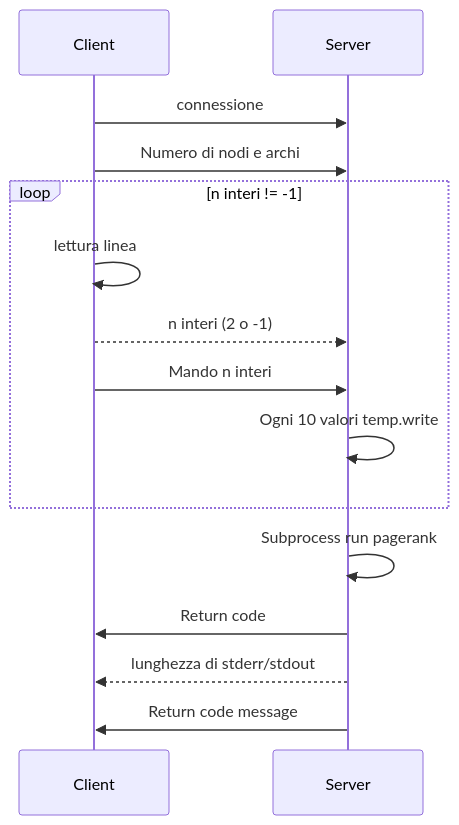
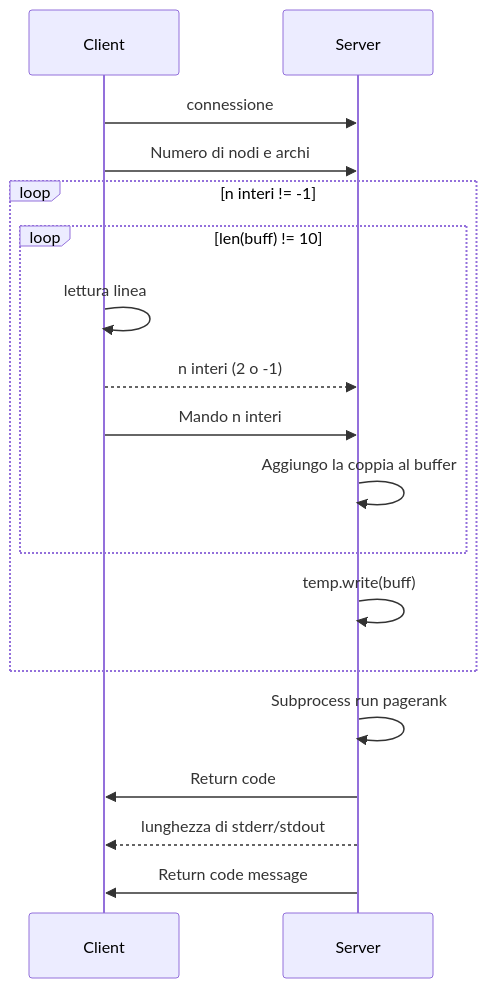
The diagram in README.md (FabrizioC01/Web-Ranking), drawn with Mermaid before and after one commit. The commit also changed other lines of this file and 4 other files, not shown here.

````diff
--- a/README.md
+++ b/README.md
@@ -60,15 +65,18 @@
 ```mermaid
 sequenceDiagram
 Client ->> Server : connessione
 Client ->> Server : Numero di nodi e archi
 loop n interi != -1 
+loop len(buff) != 10
 Client ->> Client : lettura linea 
 Client -->> Server: n interi (2 o -1)
 Client ->> Server : Mando n interi
-Server ->> Server : Ogni 10 valori temp.write
+Server ->> Server : Aggiungo la coppia al buffer
+end
+Server ->> Server : temp.write(buff)
 end
 Server ->> Server : Subprocess run pagerank
 Server ->> Client : Return code
 Server -->> Client : lunghezza di stderr/stdout
 Server ->> Client : Return code message
 ```
````
